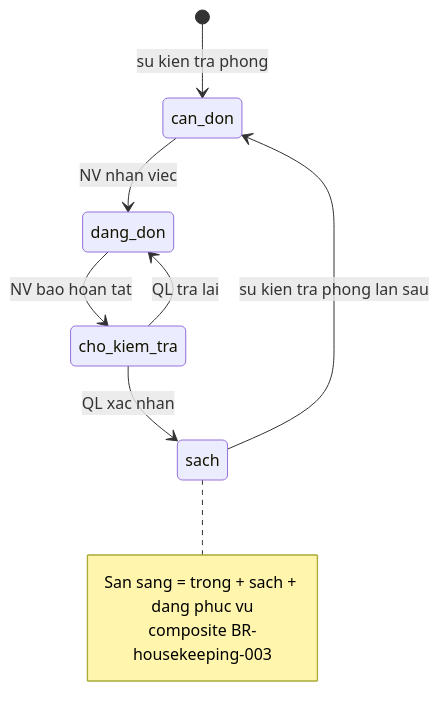
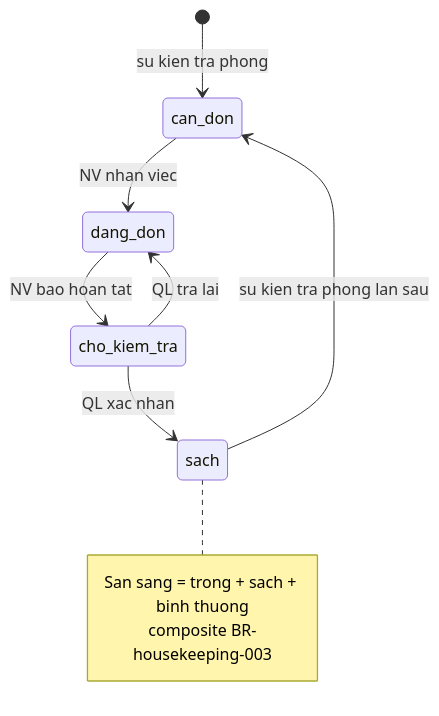
The second of 2 diagrams in docs/features/housekeeping/srs/housekeeping-states.md (DatTran26/khachsan-di-dong), drawn with Mermaid before and after one commit. The commit also changed 101 other files, not shown here.

````diff
--- a/docs/features/housekeeping/srs/housekeeping-states.md
+++ b/docs/features/housekeeping/srs/housekeeping-states.md
@@ -47,14 +47,14 @@
 ```mermaid
 stateDiagram-v2
     [*] --> can_don : su kien tra phong
     can_don --> dang_don : NV nhan viec
     dang_don --> cho_kiem_tra : NV bao hoan tat
     cho_kiem_tra --> sach : QL xac nhan
     cho_kiem_tra --> dang_don : QL tra lai
     sach --> can_don : su kien tra phong lan sau
 
     note right of sach
-        San sang = trong + sach + dang phuc vu
+        San sang = trong + sach + binh thuong
         composite BR-housekeeping-003
     end note
 ```
````
